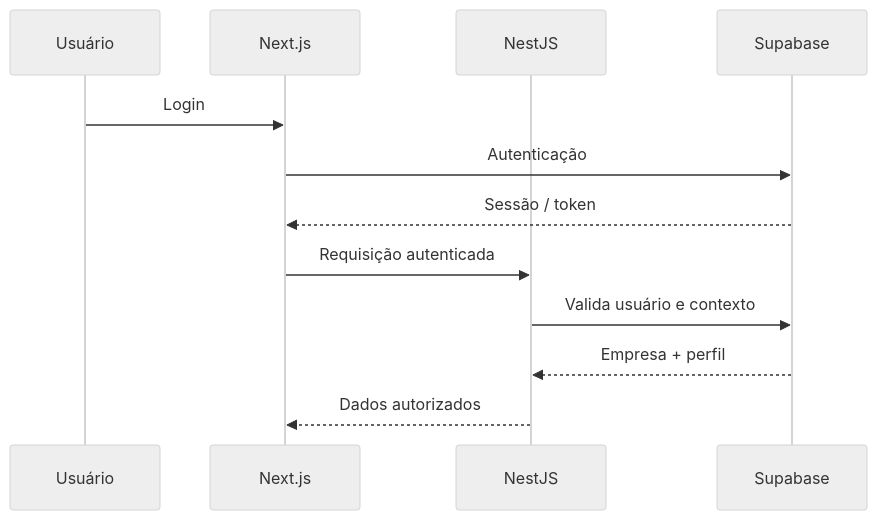
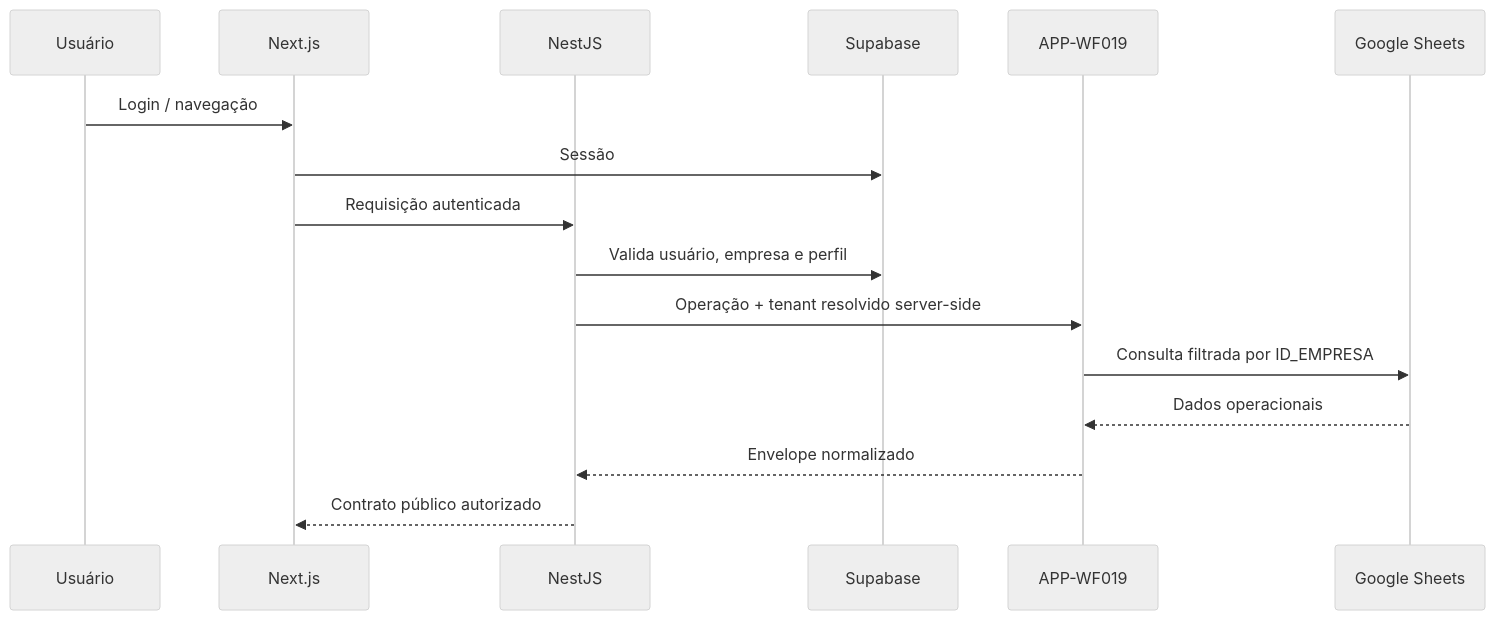
One commit to Kelencs/beautyflow-ai changed the eighth of 12 diagrams in README.md. Above: the diagram before and after it, drawn with Mermaid (neutral theme). The commit also changed other lines of this file and 2 other files, not shown here.

First line of the commit message:
docs: sync BeautyFlow status after APP-WF019 homologation

````diff
--- a/README.md
+++ b/README.md
@@ -383,15 +400,19 @@
 ```mermaid
 sequenceDiagram
     participant U as Usuário
     participant F as Next.js
     participant B as NestJS
     participant S as Supabase
+    participant W as APP-WF019
+    participant G as Google Sheets
 
-    U->>F: Login
-    F->>S: Autenticação
-    S-->>F: Sessão / token
+    U->>F: Login / navegação
+    F->>S: Sessão
     F->>B: Requisição autenticada
-    B->>S: Valida usuário e contexto
-    S-->>B: Empresa + perfil
-    B-->>F: Dados autorizados
+    B->>S: Valida usuário, empresa e perfil
+    B->>W: Operação + tenant resolvido server-side
+    W->>G: Consulta filtrada por ID_EMPRESA
+    G-->>W: Dados operacionais
+    W-->>B: Envelope normalizado
+    B-->>F: Contrato público autorizado
 ```
````
